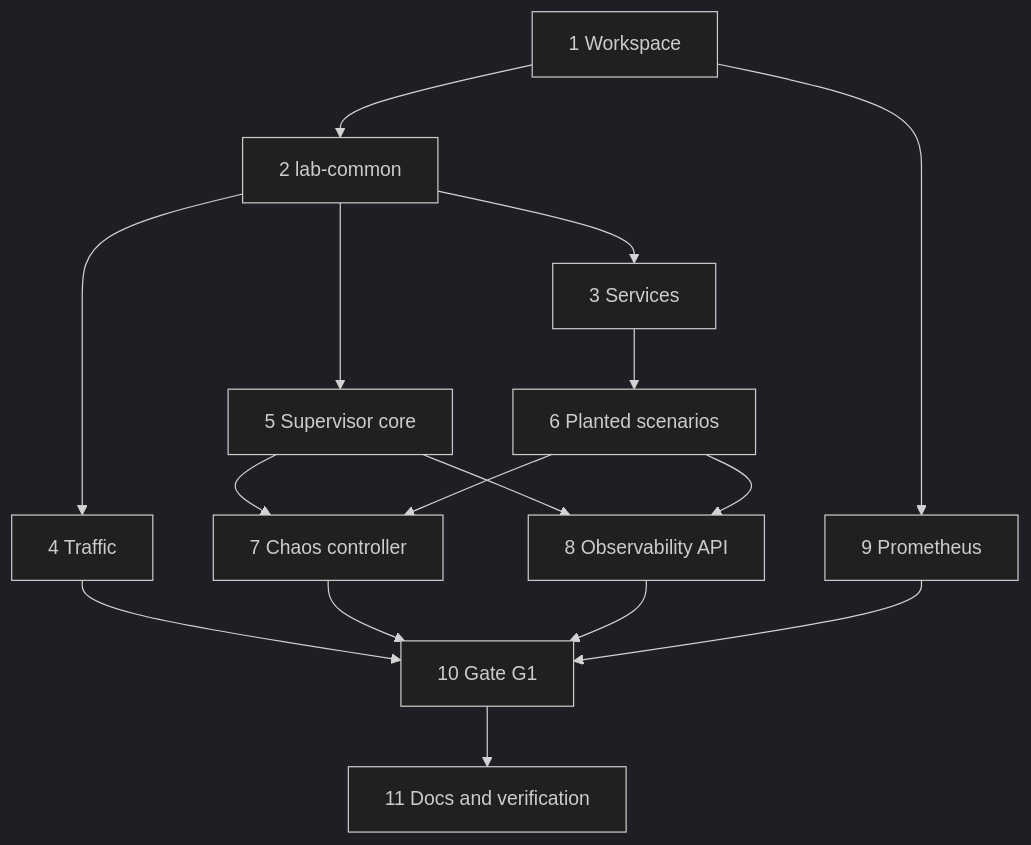
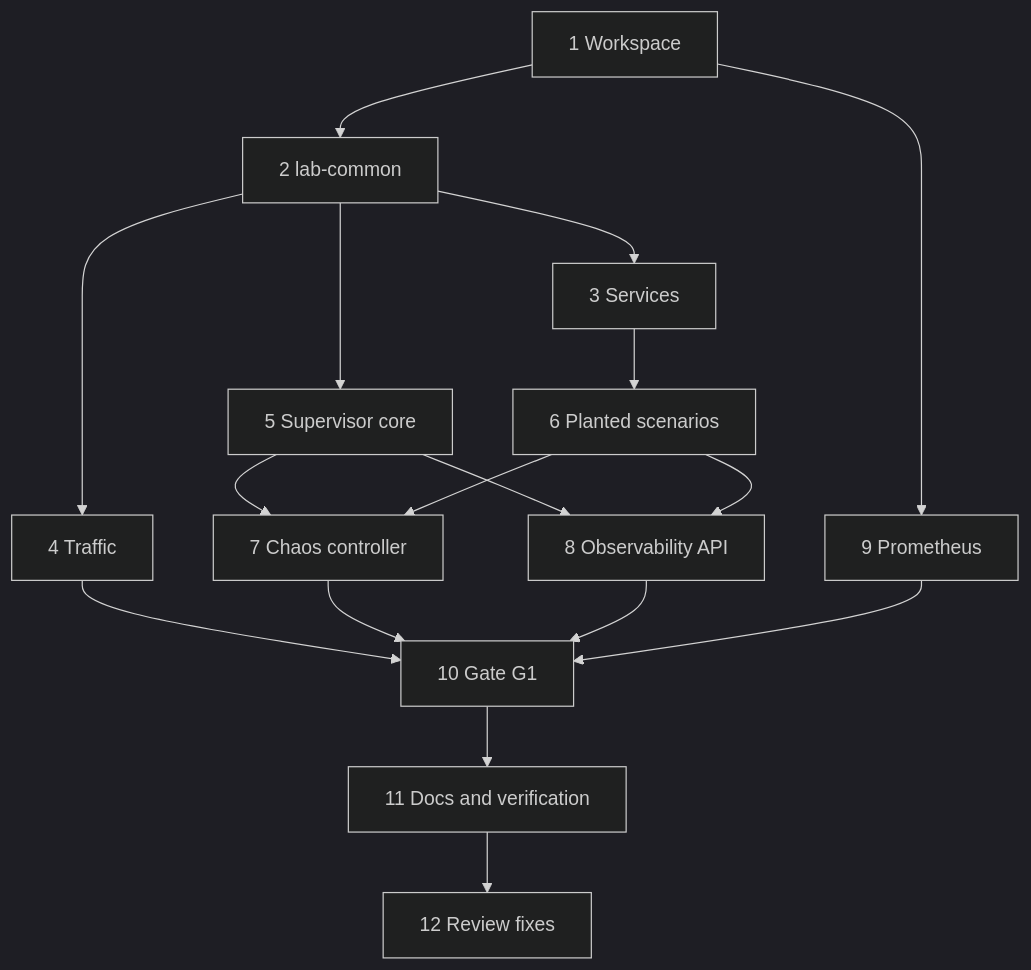
The diagram in .kiro/specs/haunted-lab/tasks.md (Akar-Samudra-Artifisial/Haunted-Lab), drawn with Mermaid (dark theme) before and after one commit. The commit also changed other lines of this file and 96 other files, not shown here.

````diff
--- a/.kiro/specs/haunted-lab/tasks.md
+++ b/.kiro/specs/haunted-lab/tasks.md
@@ -149,18 +178,19 @@
 ```mermaid
 graph TD
   T1[1 Workspace] --> T2[2 lab-common]
   T1 --> T9[9 Prometheus]
   T2 --> T3[3 Services]
   T2 --> T4[4 Traffic]
   T2 --> T5[5 Supervisor core]
   T3 --> T6[6 Planted scenarios]
   T5 --> T7[7 Chaos controller]
   T6 --> T7
   T5 --> T8[8 Observability API]
   T6 --> T8
   T4 --> T10[10 Gate G1]
   T7 --> T10
   T8 --> T10
   T9 --> T10
   T10 --> T11[11 Docs and verification]
+  T11 --> T12[12 Review fixes]
 ```
````
